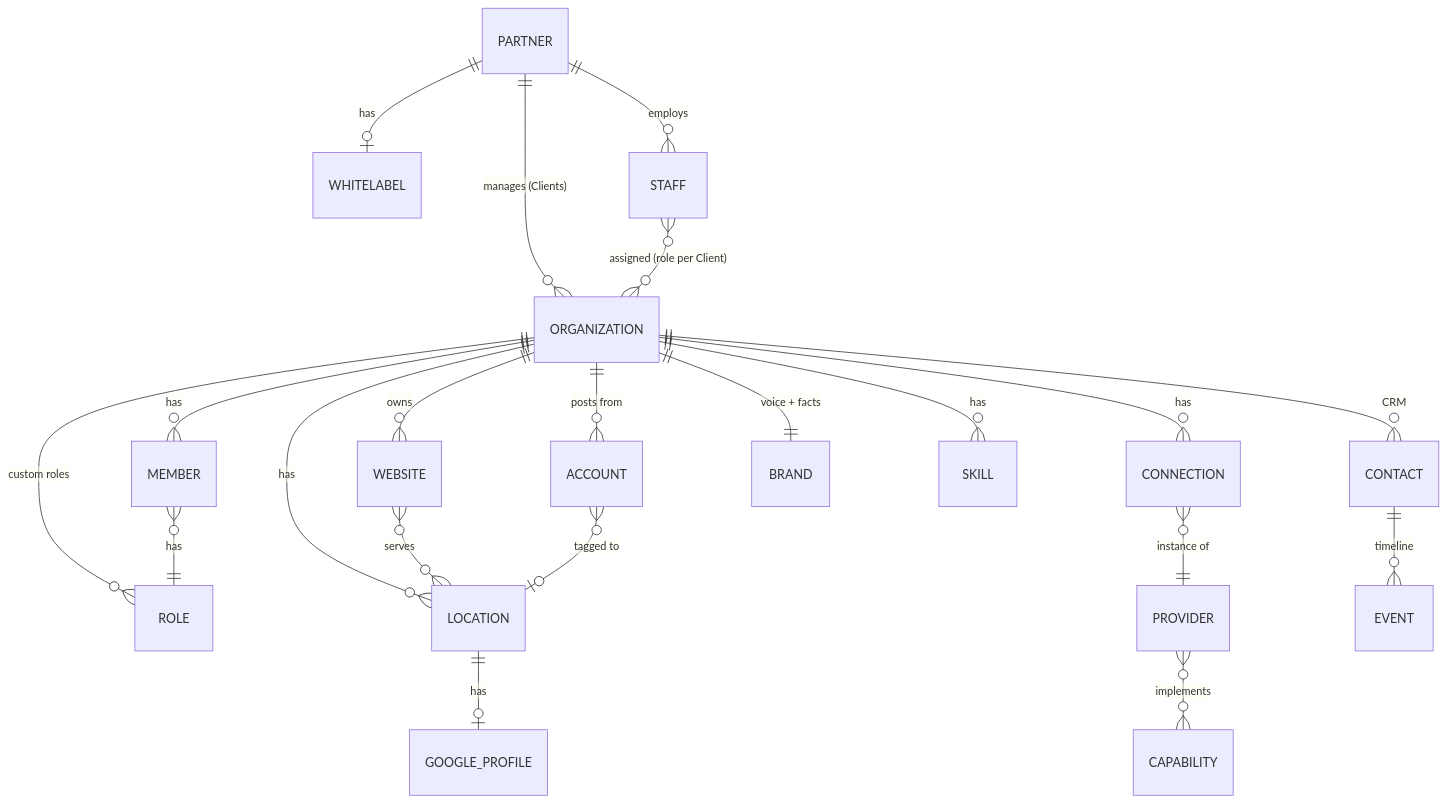
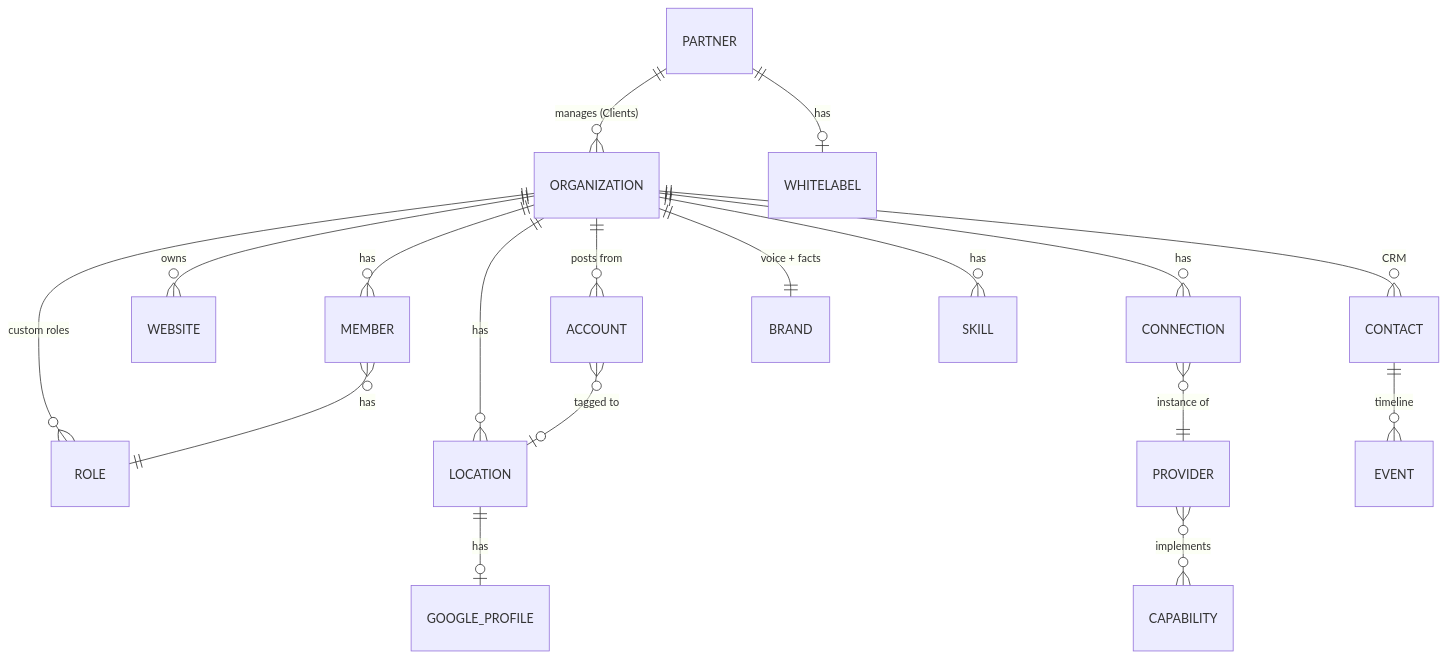
The diagram in docs/data-model.md (azizali/openmarko), drawn with Mermaid before and after one commit. The commit also changed other lines of this file and 55 other files, not shown here.

````diff
--- a/docs/data-model.md
+++ b/docs/data-model.md
@@ -9,23 +9,20 @@
 ```mermaid
 erDiagram
   PARTNER ||--o{ ORGANIZATION : "manages (Clients)"
   PARTNER ||--o| WHITELABEL : has
-  PARTNER ||--o{ STAFF : employs
   ORGANIZATION ||--o{ MEMBER : has
   ORGANIZATION ||--o{ ROLE : "custom roles"
   MEMBER }o--|| ROLE : has
-  STAFF }o--o{ ORGANIZATION : "assigned (role per Client)"
   ORGANIZATION ||--o{ LOCATION : has
   ORGANIZATION ||--o{ WEBSITE : owns
-  WEBSITE }o--o{ LOCATION : serves
   LOCATION ||--o| GOOGLE_PROFILE : has
   ORGANIZATION ||--o{ ACCOUNT : "posts from"
   ACCOUNT }o--o| LOCATION : "tagged to"
   ORGANIZATION ||--o{ CONNECTION : has
   CONNECTION }o--|| PROVIDER : "instance of"
   PROVIDER }o--o{ CAPABILITY : implements
   ORGANIZATION ||--o{ CONTACT : "CRM"
   CONTACT ||--o{ EVENT : timeline
   ORGANIZATION ||--|| BRAND : "voice + facts"
   ORGANIZATION ||--o{ SKILL : has
 ```
````
